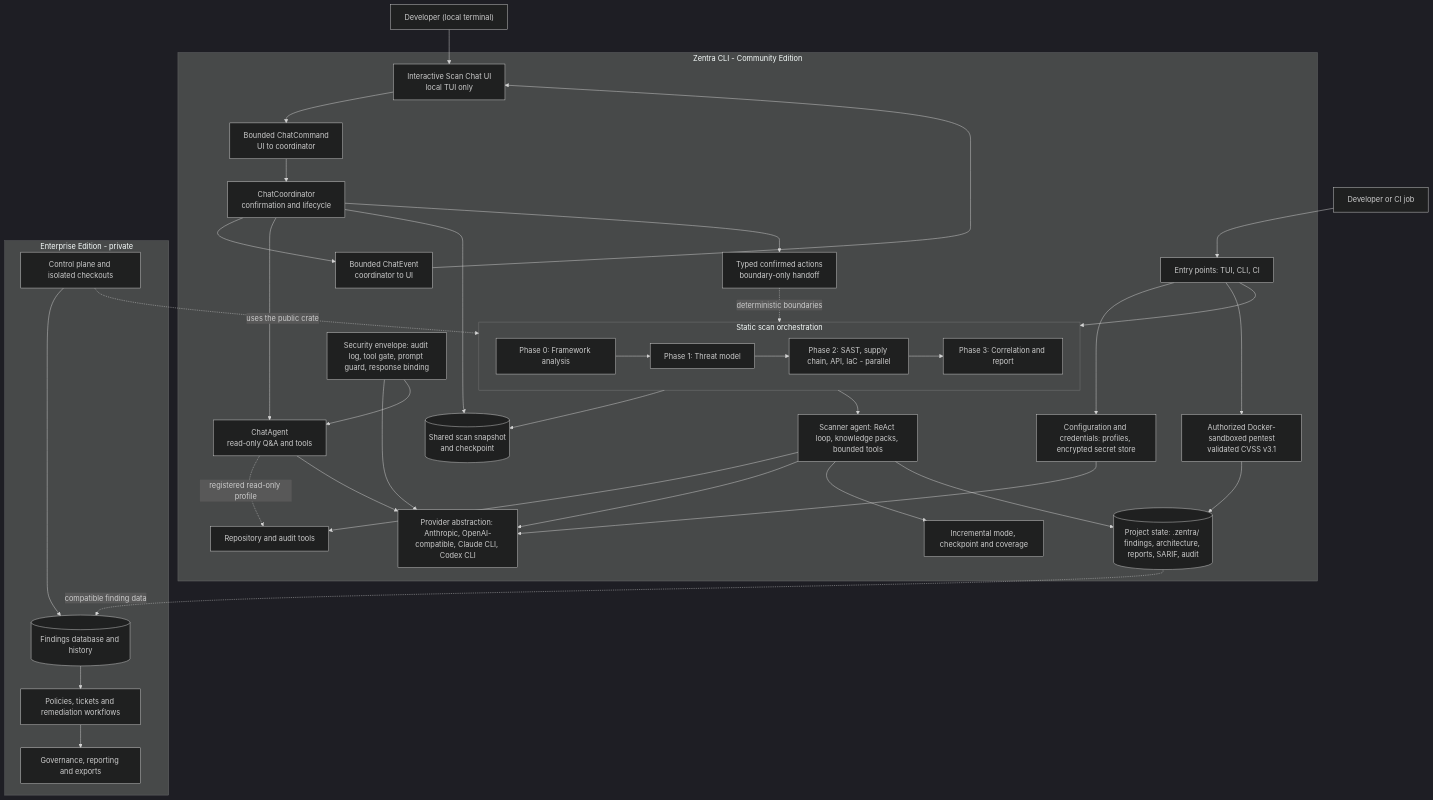
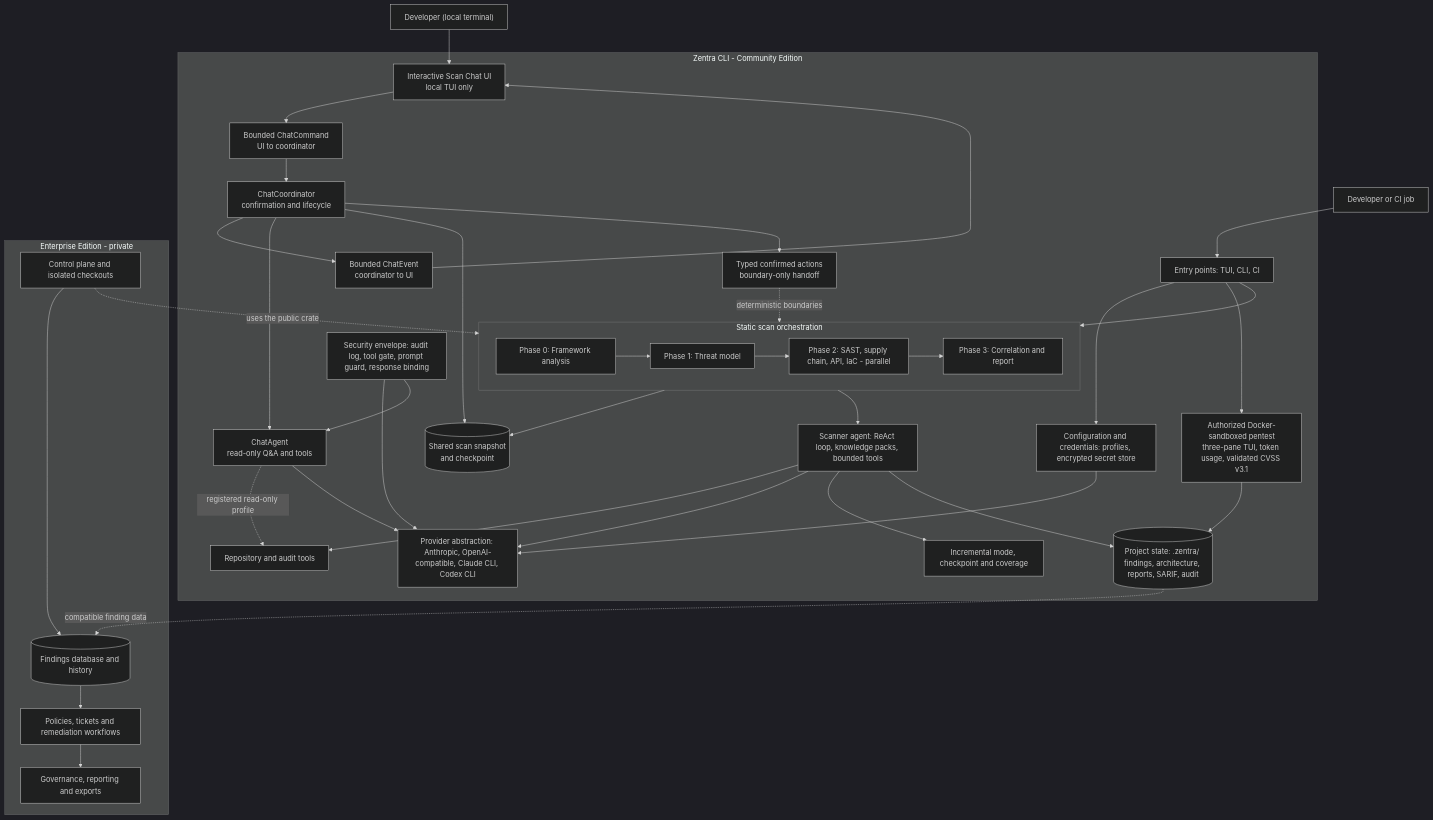
The diagram in architecture.mmd (johannus22/zentra), drawn with Mermaid (dark theme) before and after one commit. The commit also changed 9 other files, not shown here.

```diff
--- a/architecture.mmd
+++ b/architecture.mmd
@@ -1,68 +1,68 @@
 %% Zentra CLI - current high-level architecture
 %% Community Edition is public. Enterprise Edition consumes this crate as a library.
 graph TB
     User["Developer or CI job"]
     LocalDeveloper["Developer (local terminal)"]
 
     subgraph CE["Zentra CLI - Community Edition"]
         Entry["Entry points: TUI, CLI, CI"]
         ChatUI["Interactive Scan Chat UI\nlocal TUI only"]
         ChatCommand["Bounded ChatCommand\nUI to coordinator"]
         ChatEvent["Bounded ChatEvent\ncoordinator to UI"]
         ChatCoordinator["ChatCoordinator\nconfirmation and lifecycle"]
         ChatAgent["ChatAgent\nread-only Q&A and tools"]
         ChatState[("Shared scan snapshot\nand checkpoint")]
         TypedActions["Typed confirmed actions\nboundary-only handoff"]
         Config["Configuration and credentials: profiles, encrypted secret store"]
         Security["Security envelope: audit log, tool gate, prompt guard, response binding"]
         Provider["Provider abstraction: Anthropic, OpenAI-compatible, Claude CLI, Codex CLI"]
 
         subgraph Scan["Static scan orchestration"]
             Framework["Phase 0: Framework analysis"]
             Threat["Phase 1: Threat model"]
             Parallel["Phase 2: SAST, supply chain, API, IaC - parallel"]
             Report["Phase 3: Correlation and report"]
             Framework --> Threat --> Parallel --> Report
         end
 
         Agent["Scanner agent: ReAct loop, knowledge packs, bounded tools"]
         Tools["Repository and audit tools"]
         Incremental["Incremental mode, checkpoint and coverage"]
         State[("Project state: .zentra/ findings, architecture, reports, SARIF, audit")]
-        Pentest["Authorized Docker-sandboxed pentest<br/>validated CVSS v3.1"]
+        Pentest["Authorized Docker-sandboxed pentest<br/>three-pane TUI, token usage, validated CVSS v3.1"]
     end
 
     subgraph ENT["Enterprise Edition - private"]
         Control["Control plane and isolated checkouts"]
         Findings[("Findings database and history")]
         Actions["Policies, tickets and remediation workflows"]
         Dashboard["Governance, reporting and exports"]
     end
 
     User --> Entry
     LocalDeveloper --> ChatUI
     Entry --> Config
     Entry --> Scan
     Entry --> Pentest
     ChatUI --> ChatCommand --> ChatCoordinator
     ChatCoordinator --> ChatEvent --> ChatUI
     ChatCoordinator --> ChatAgent
     ChatCoordinator --> ChatState
     Scan --> ChatState
     ChatCoordinator --> TypedActions
     TypedActions -. "deterministic boundaries" .-> Scan
     Config --> Provider
     Security --> Provider
     Security --> ChatAgent
     Scan --> Agent
     Agent --> Tools
     Agent --> Provider
     ChatAgent -. "registered read-only profile" .-> Tools
     ChatAgent --> Provider
     Agent --> Incremental
     Agent --> State
     Pentest --> State
 
     Control -. "uses the public crate" .-> Scan
     Control --> Findings --> Actions --> Dashboard
     State -. "compatible finding data" .-> Findings
```
